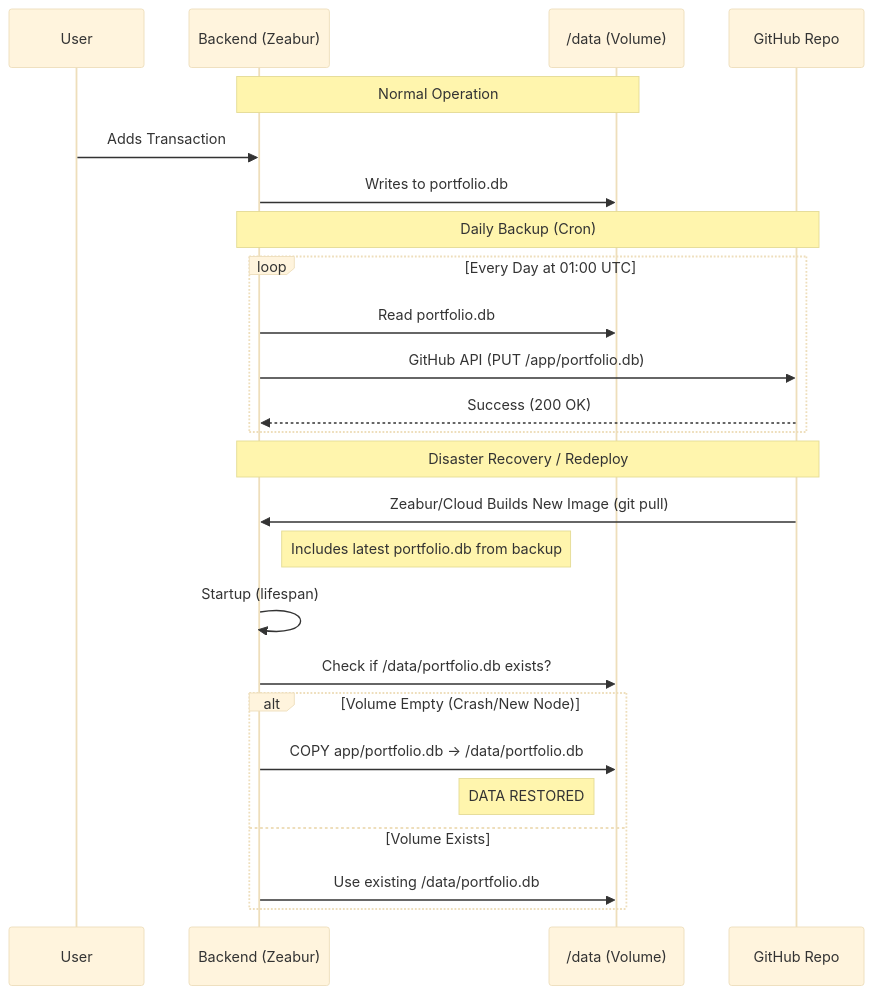
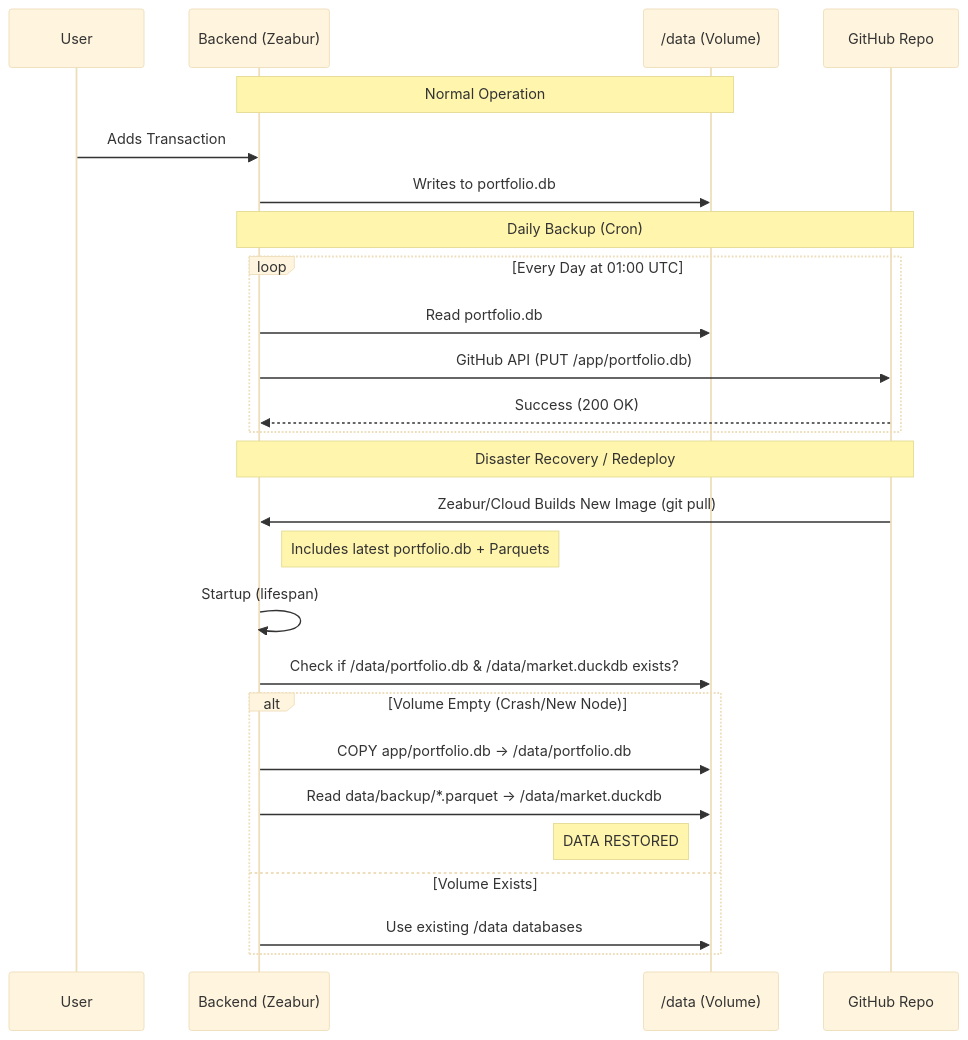
Before and after one commit to terranandes/marffet-app: the diagram in docs/product/backup_restore.md, drawn with Mermaid (base theme). The commit also changed other lines of this file and 4 other files, not shown here.

Commit message:
docs(architecture): update pipeline, crawler, and admin docs to reflect Phase 18 DuckDB and MI_INDEX architecture

````diff
--- a/docs/product/backup_restore.md
+++ b/docs/product/backup_restore.md
@@ -14,32 +16,33 @@
 ```mermaid
 sequenceDiagram
     participant User
     participant App as Backend (Zeabur)
     participant Vol as /data (Volume)
     participant Repo as GitHub Repo
 
     Note over App, Vol: Normal Operation
     User->>App: Adds Transaction
     App->>Vol: Writes to portfolio.db
     
     Note over App, Repo: Daily Backup (Cron)
     loop Every Day at 01:00 UTC
         App->>Vol: Read portfolio.db
         App->>Repo: GitHub API (PUT /app/portfolio.db)
         Repo-->>App: Success (200 OK)
     end
 
     Note over App, Repo: Disaster Recovery / Redeploy
     Repo->>App: Zeabur/Cloud Builds New Image (git pull)
-    Note right of App: Includes latest portfolio.db from backup
+    Note right of App: Includes latest portfolio.db + Parquets
     
     App->>App: Startup (lifespan)
-    App->>Vol: Check if /data/portfolio.db exists?
+    App->>Vol: Check if /data/portfolio.db & /data/market.duckdb exists?
     
     alt Volume Empty (Crash/New Node)
         App->>Vol: COPY app/portfolio.db -> /data/portfolio.db
+        App->>Vol: Read data/backup/*.parquet -> /data/market.duckdb
         Note left of Vol: DATA RESTORED
     else Volume Exists
-        App->>Vol: Use existing /data/portfolio.db
+        App->>Vol: Use existing /data databases
     end
 ```
````
